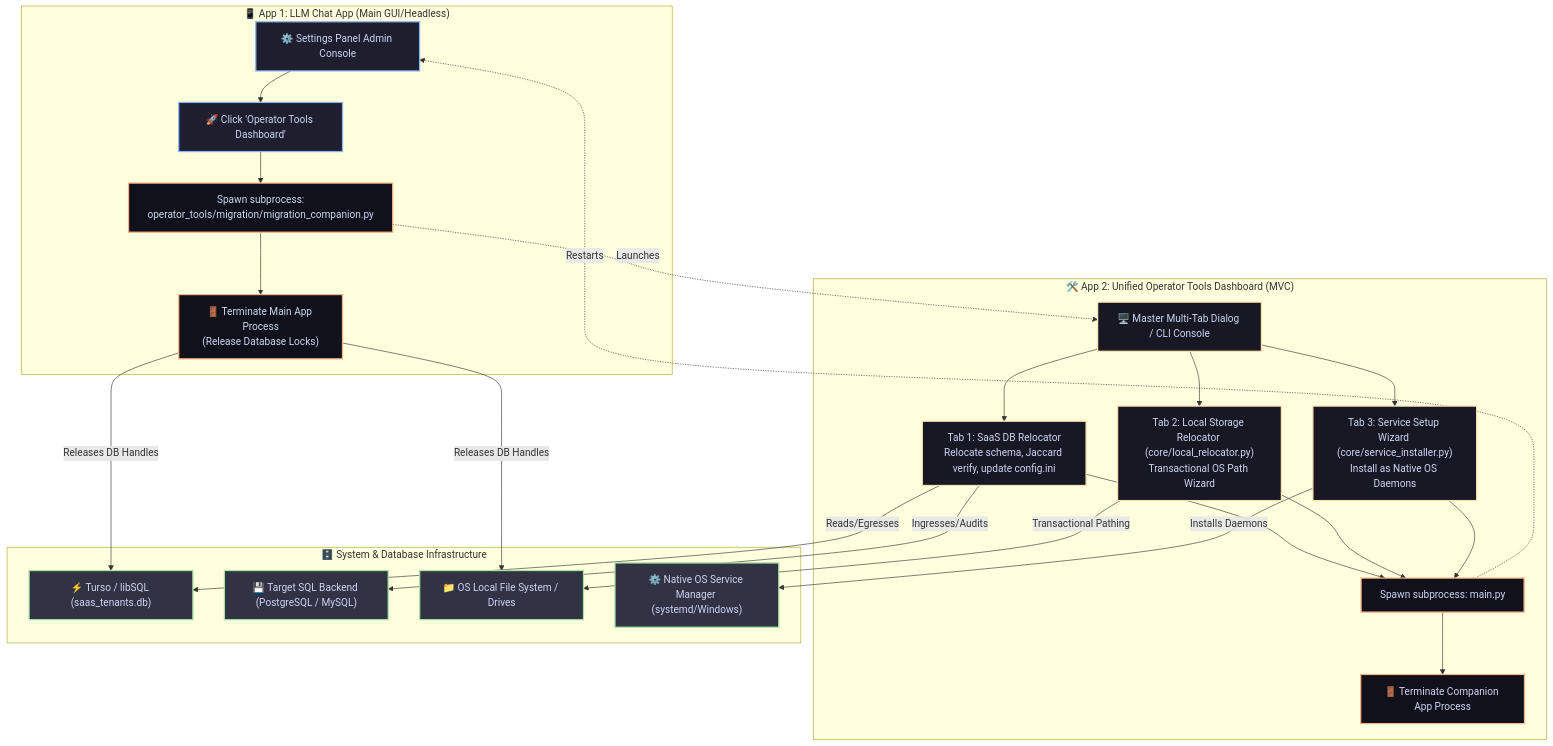
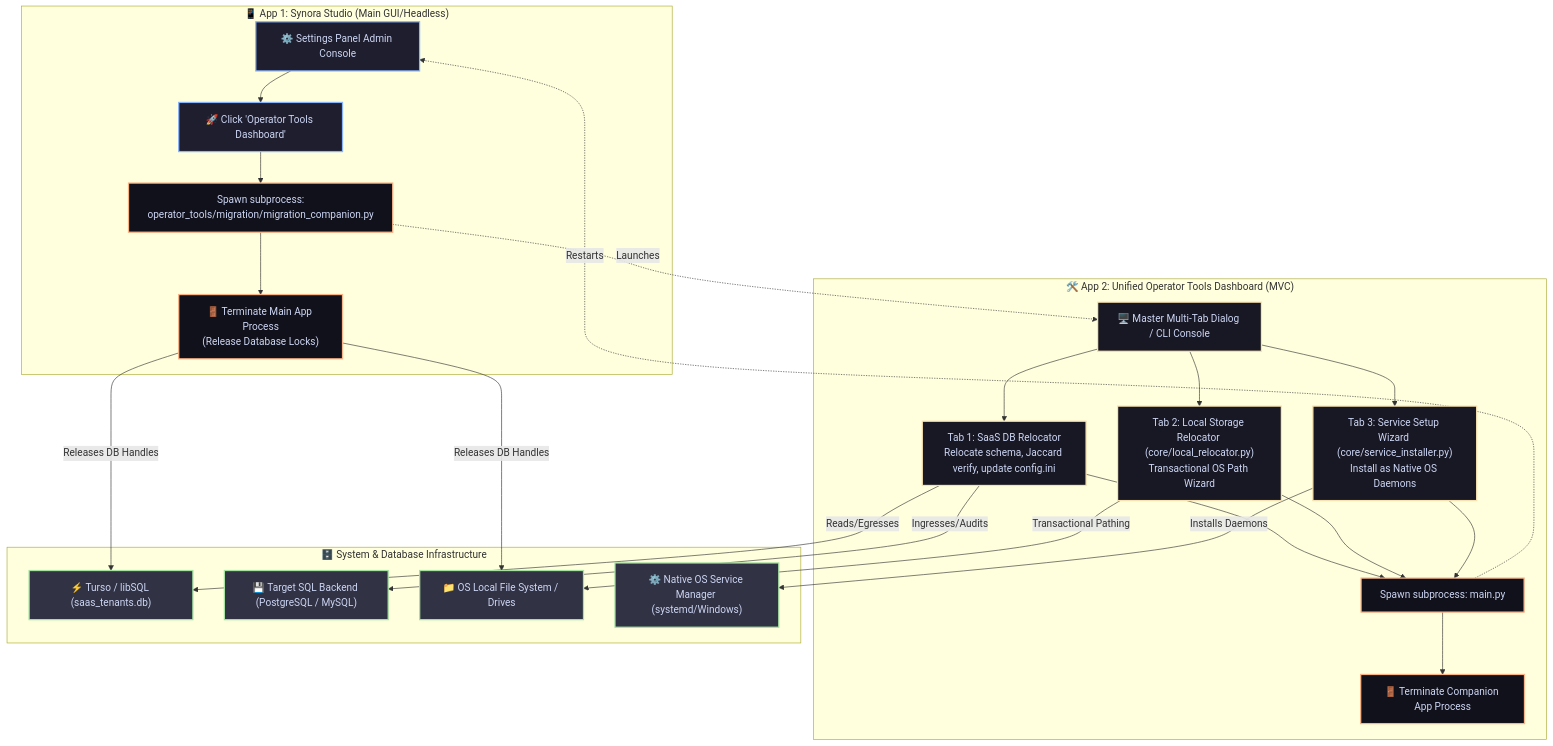
The diagram in server/resources/migration_companion_arch.mermaid (Arean82/llm_chat_app), drawn with Mermaid before and after one commit. The commit also changed 61 other files, not shown here.

Commit message:
feat: rebrand project to Synora Studio, restructure desktop UI, and add multi-tenant driver support

```diff
--- a/server/resources/migration_companion_arch.mermaid
+++ b/server/resources/migration_companion_arch.mermaid
@@ -1,61 +1,61 @@
 flowchart TD
     %% Styling Classes
     classDef main fill:#1e1e2e,stroke:#89b4fa,stroke-width:2px,color:#cdd6f4;
     classDef companion fill:#181825,stroke:#f9e2af,stroke-width:2px,color:#cdd6f4;
     classDef storage fill:#313244,stroke:#a6e3a1,stroke-width:2px,color:#cdd6f4;
     classDef process fill:#11111b,stroke:#fab387,stroke-width:2px,color:#cdd6f4;
 
-    subgraph App1 ["📱 App 1: LLM Chat App (Main GUI/Headless)"]
+    subgraph App1 ["📱 App 1: Synora Studio (Main GUI/Headless)"]
         UI["⚙️ Settings Panel Admin Console"]:::main
         Trigger["🚀 Click 'Operator Tools Dashboard'"]:::main
         Spawn["Spawn subprocess:<br>operator_tools/migration/migration_companion.py"]:::process
         Close["🚪 Terminate Main App Process<br>(Release Database Locks)"]:::process
     end
 
     subgraph App2 ["🛠️ App 2: Unified Operator Tools Dashboard (MVC)"]
         CompanionUI["🖥️ Master Multi-Tab Dialog / CLI Console"]:::companion
         
         %% Tab 1
         SaaSMigrate["Tab 1: SaaS DB Relocator<br>Relocate schema, Jaccard verify, update config.ini"]:::companion
         
         %% Tab 2
         LocalReloc["Tab 2: Local Storage Relocator (core/local_relocator.py)<br>Transactional OS Path Wizard"]:::companion
         
         %% Tab 3
         SvcInstall["Tab 3: Service Setup Wizard (core/service_installer.py)<br>Install as Native OS Daemons"]:::companion
 
         Relaunch["Spawn subprocess: main.py"]:::process
         Exit["🚪 Terminate Companion App Process"]:::process
     end
 
     subgraph Infrastructure ["🗄️ System & Database Infrastructure"]
         Turso["⚡ Turso / libSQL (saas_tenants.db)"]:::storage
         EnterpriseSQL["💾 Target SQL Backend (PostgreSQL / MySQL)"]:::storage
         FileSystem["📁 OS Local File System / Drives"]:::storage
         OSService["⚙️ Native OS Service Manager (systemd/Windows)"]:::storage
     end
 
     UI --> Trigger
     Trigger --> Spawn
     Spawn --> Close
     Close -->|Releases DB Handles| Turso
     Close -->|Releases DB Handles| FileSystem
     Spawn -.->|Launches| CompanionUI
     
     CompanionUI --> SaaSMigrate
     CompanionUI --> LocalReloc
     CompanionUI --> SvcInstall
     
     SaaSMigrate -->|Reads/Egresses| Turso
     SaaSMigrate -->|Ingresses/Audits| EnterpriseSQL
     
     LocalReloc -->|Transactional Pathing| FileSystem
     
     SvcInstall -->|Installs Daemons| OSService
 
     SaaSMigrate --> Relaunch
     LocalReloc --> Relaunch
     SvcInstall --> Relaunch
 
     Relaunch --> Exit
     Relaunch -.->|Restarts| UI
```
